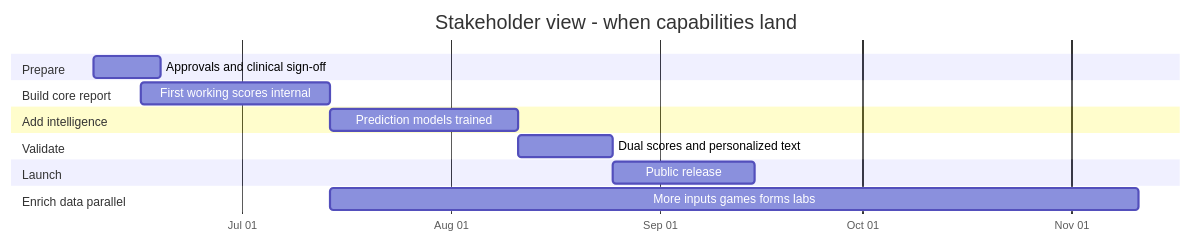
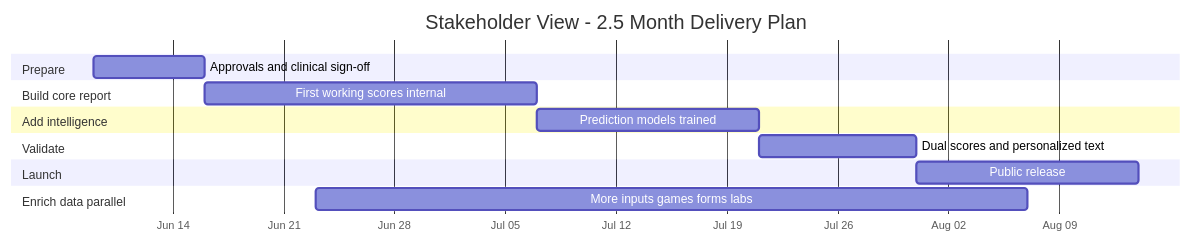
Before and after one commit to mindpeers/mindpeers-ai-engine: the diagram in final/Development-Roadmap-Stakeholder.md, drawn with Mermaid.

Commit message:
gantt chart created

````diff
--- a/final/Development-Roadmap-Stakeholder.md
+++ b/final/Development-Roadmap-Stakeholder.md
@@ -168,24 +168,24 @@
 ```mermaid
 gantt
-    title Stakeholder view - when capabilities land
+    title Stakeholder View - 2.5 Month Delivery Plan
     dateFormat YYYY-MM-DD
     axisFormat %b %d
 
     section Prepare
-    Approvals and clinical sign-off     :prep, 2026-06-09, 10d
+    Approvals and clinical sign-off      :prep, 2026-06-09, 7d
 
     section Build core report
-    First working scores internal       :core, 2026-06-16, 28d
+    First working scores internal        :core, 2026-06-16, 21d
 
     section Add intelligence
-    Prediction models trained           :ml, 2026-07-14, 28d
+    Prediction models trained            :ml, 2026-07-07, 14d
 
     section Validate
-    Dual scores and personalized text   :val, 2026-08-11, 14d
+    Dual scores and personalized text    :val, 2026-07-21, 10d
 
     section Launch
-    Public release                      :launch, 2026-08-25, 21d
+    Public release                       :launch, 2026-07-31, 14d
 
     section Enrich data parallel
-    More inputs games forms labs        :expand, 2026-07-14, 120d
+    More inputs games forms labs         :expand, 2026-06-23, 45d
 ```
````
